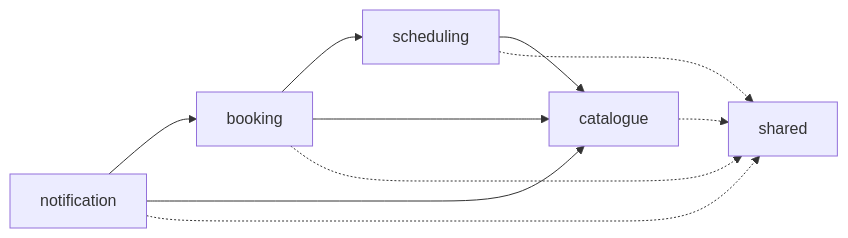
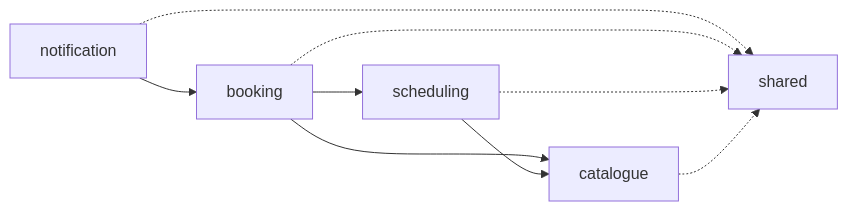
Before and after one commit to KatlehoKomeke/Appointment-Booking-System: the second of 6 diagrams in docs/architecture.md, drawn with Mermaid. The commit also changed other lines of this file and 8 other files, not shown here.

````diff
--- a/docs/architecture.md
+++ b/docs/architecture.md
@@ -51,12 +53,11 @@
 ```mermaid
 flowchart LR
     notification --> booking
-    notification --> catalogue
     booking --> scheduling
     booking --> catalogue
     scheduling --> catalogue
     notification -.-> shared
     booking -.-> shared
     scheduling -.-> shared
     catalogue -.-> shared
 ```
````
